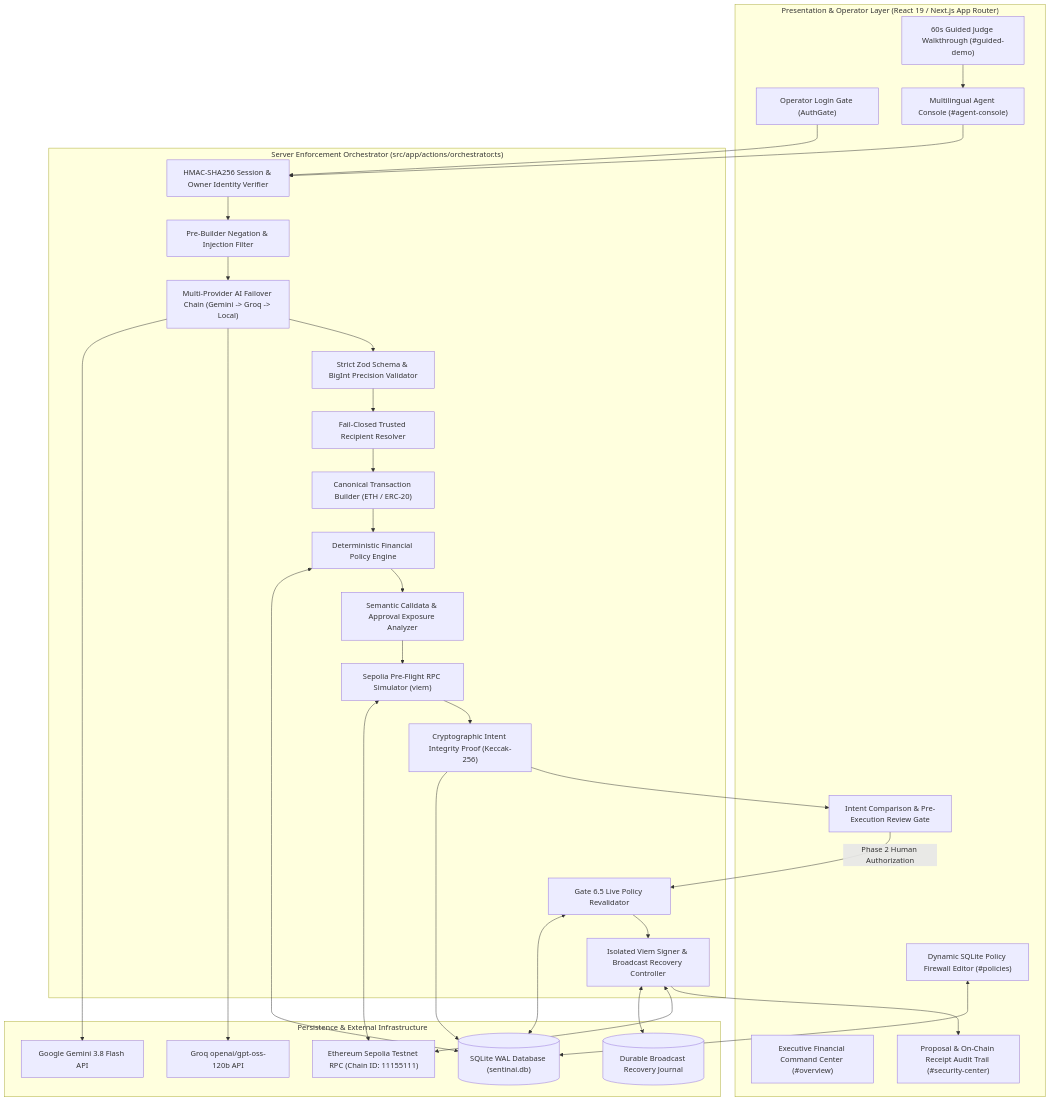
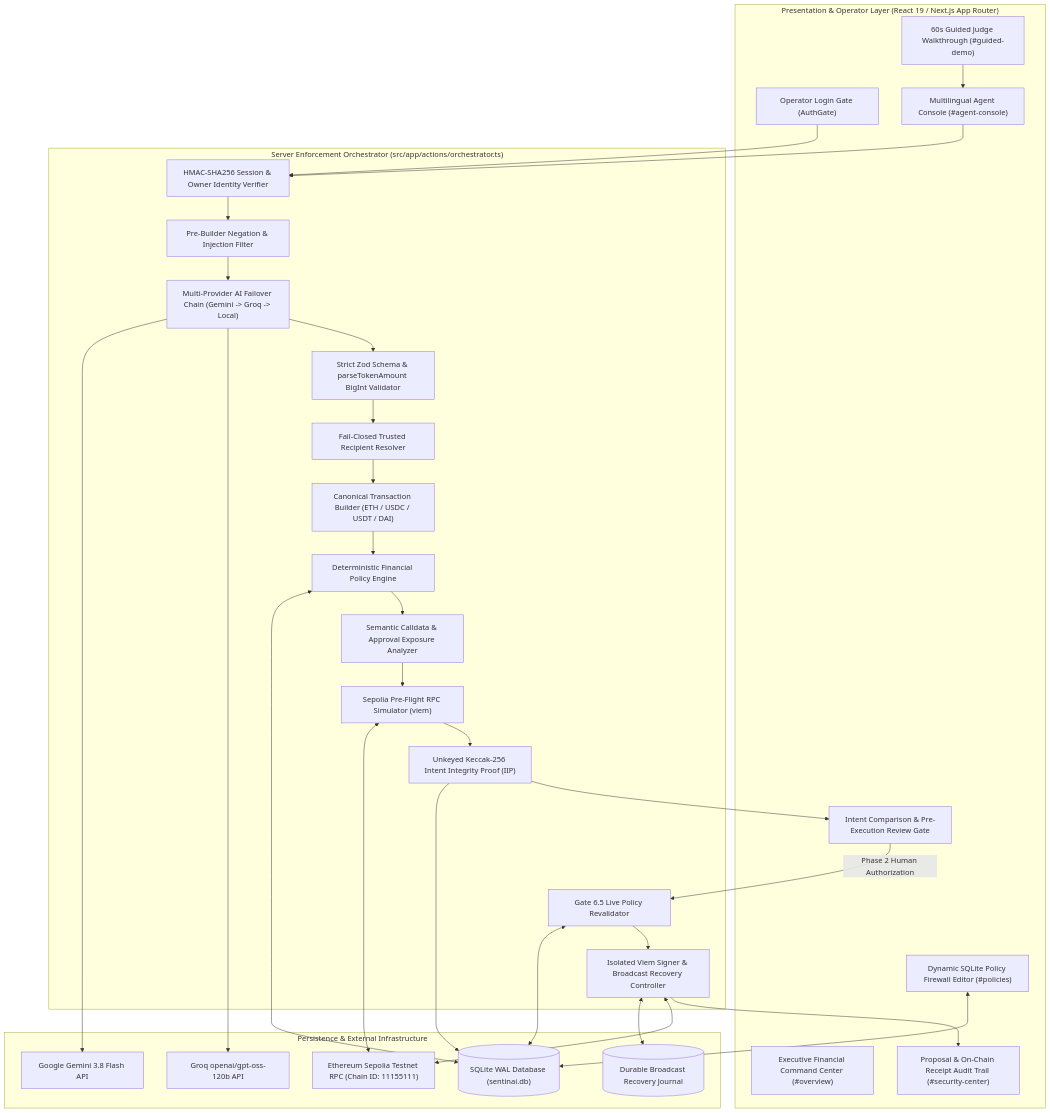
Before and after one commit to cryptXploit/SentinAI-Guardian---An-AI-Native-Autonomous-Wallet: the diagram in docs/architecture/11_SYSTEM_ARCHITECTURE.md, drawn with Mermaid. The commit also changed other lines of this file and 69 other files, not shown here.

````diff
--- a/docs/architecture/11_SYSTEM_ARCHITECTURE.md
+++ b/docs/architecture/11_SYSTEM_ARCHITECTURE.md
@@ -12,61 +12,61 @@
 ```mermaid
 flowchart TB
     subgraph Client["Presentation & Operator Layer (React 19 / Next.js App Router)"]
         AuthUI["Operator Login Gate (AuthGate)"]
         CommandCenter["Executive Financial Command Center (#overview)"]
         GuidedWalkthrough["60s Guided Judge Walkthrough (#guided-demo)"]
         AgentConsole["Multilingual Agent Console (#agent-console)"]
         EvidenceUI["Intent Comparison & Pre-Execution Review Gate"]
         PolicyUI["Dynamic SQLite Policy Firewall Editor (#policies)"]
         HistoryUI["Proposal & On-Chain Receipt Audit Trail (#security-center)"]
     end
 
     subgraph Server["Server Enforcement Orchestrator (src/app/actions/orchestrator.ts)"]
         SessionGuard["HMAC-SHA256 Session & Owner Identity Verifier"]
         NegationGate["Pre-Builder Negation & Injection Filter"]
         AIRouter["Multi-Provider AI Failover Chain (Gemini -> Groq -> Local)"]
-        IntentValidator["Strict Zod Schema & BigInt Precision Validator"]
+        IntentValidator["Strict Zod Schema & parseTokenAmount BigInt Validator"]
         RecipientResolver["Fail-Closed Trusted Recipient Resolver"]
-        TxBuilder["Canonical Transaction Builder (ETH / ERC-20)"]
+        TxBuilder["Canonical Transaction Builder (ETH / USDC / USDT / DAI)"]
         PolicyEngine["Deterministic Financial Policy Engine"]
         Analyzer["Semantic Calldata & Approval Exposure Analyzer"]
         Simulator["Sepolia Pre-Flight RPC Simulator (viem)"]
-        IIPEngine["Cryptographic Intent Integrity Proof (Keccak-256)"]
+        IIPEngine["Unkeyed Keccak-256 Intent Integrity Proof (IIP)"]
         Gate65["Gate 6.5 Live Policy Revalidator"]
         ExecutionCtrl["Isolated Viem Signer & Broadcast Recovery Controller"]
     end
 
     subgraph External["Persistence & External Infrastructure"]
         SQLite[("SQLite WAL Database (sentinai.db)")]
         RecoveryJournal[("Durable Broadcast Recovery Journal")]
         GeminiAPI["Google Gemini 3.8 Flash API"]
         GroqAPI["Groq openai/gpt-oss-120b API"]
         SepoliaRPC["Ethereum Sepolia Testnet RPC (Chain ID: 11155111)"]
     end
 
     AuthUI --> SessionGuard
     GuidedWalkthrough --> AgentConsole
     AgentConsole --> SessionGuard
     SessionGuard --> NegationGate
     NegationGate --> AIRouter
     AIRouter --> GeminiAPI
     AIRouter --> GroqAPI
     AIRouter --> IntentValidator
     IntentValidator --> RecipientResolver
     RecipientResolver --> TxBuilder
     TxBuilder --> PolicyEngine
     PolicyEngine <--> SQLite
     PolicyEngine --> Analyzer
     Analyzer --> Simulator
     Simulator <--> SepoliaRPC
     Simulator --> IIPEngine
     IIPEngine --> SQLite
     IIPEngine --> EvidenceUI
     EvidenceUI -->|"Phase 2 Human Authorization"| Gate65
     Gate65 <--> SQLite
     Gate65 --> ExecutionCtrl
     ExecutionCtrl <--> RecoveryJournal
     ExecutionCtrl <--> SepoliaRPC
     ExecutionCtrl --> HistoryUI
     PolicyUI <--> SQLite
 ```
````
